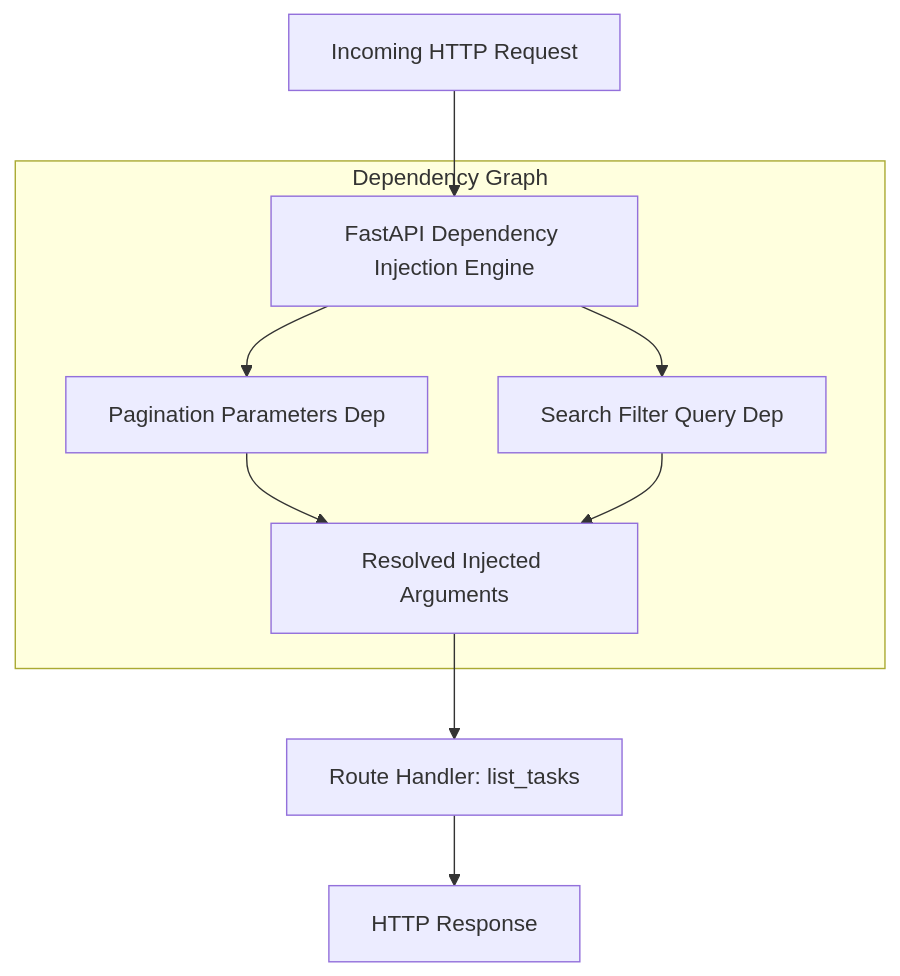
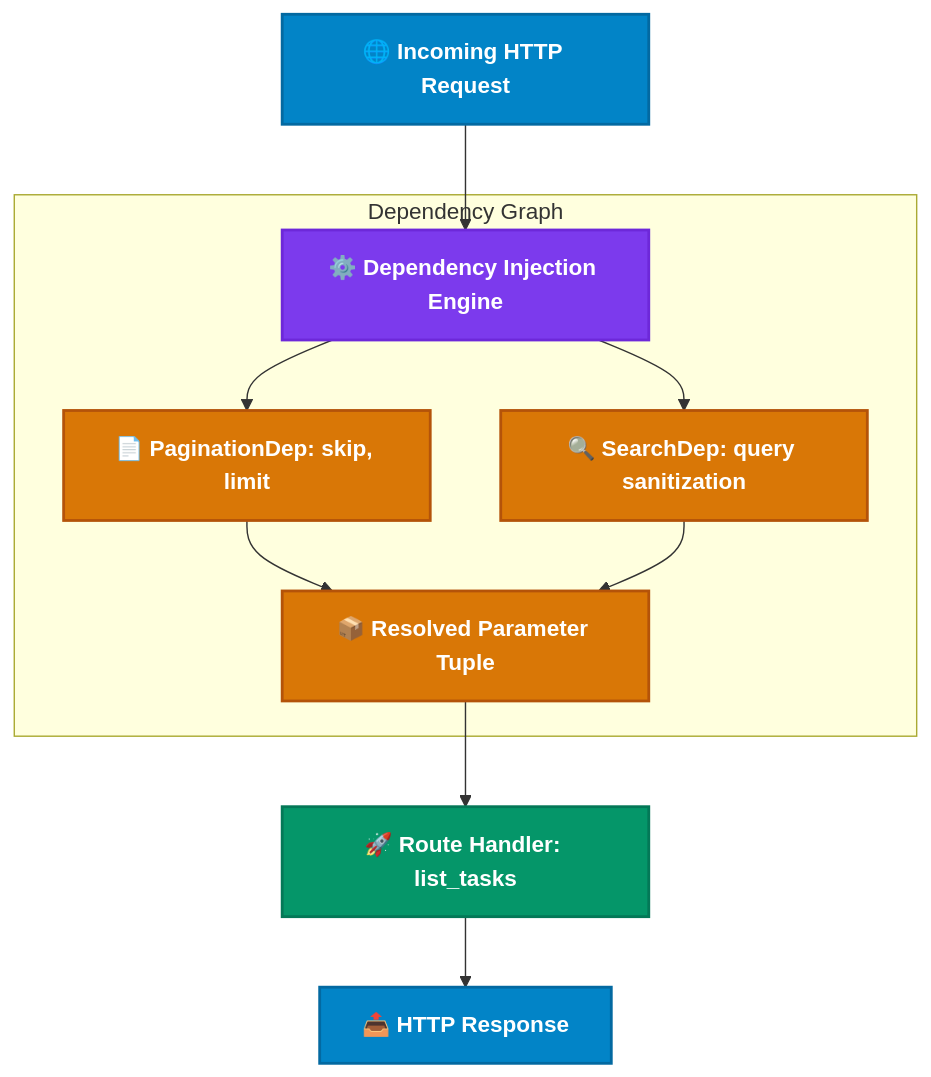
One commit to himanshu-jadhav108/FastAPI-Mastery changed the diagram in 05_dependency_injection/README.md. Above: the diagram before and after it, drawn with Mermaid. The commit also changed 6 other files, not shown here.

Commit message:
docs: add modern high-contrast color palettes and badges to mermaid architecture diagrams

````diff
--- a/05_dependency_injection/README.md
+++ b/05_dependency_injection/README.md
@@ -18,12 +18,17 @@
 ```mermaid
 flowchart TD
-    Req[Incoming HTTP Request] --> DI[FastAPI Dependency Injection Engine]
+    classDef reqStyle fill:#0284c7,stroke:#0369a1,stroke-width:2px,color:#ffffff,font-weight:bold;
+    classDef diStyle fill:#7c3aed,stroke:#6d28d9,stroke-width:2px,color:#ffffff,font-weight:bold;
+    classDef depStyle fill:#d97706,stroke:#b45309,stroke-width:2px,color:#ffffff,font-weight:bold;
+    classDef routeStyle fill:#059669,stroke:#047857,stroke-width:2px,color:#ffffff,font-weight:bold;
+
+    Req["🌐 Incoming HTTP Request"]:::reqStyle --> DI["⚙️ Dependency Injection Engine"]:::diStyle
     subgraph Dependency Graph
-        DI --> D1[Pagination Parameters Dep]
-        DI --> D2[Search Filter Query Dep]
-        D1 --> Combined[Resolved Injected Arguments]
+        DI --> D1["📄 PaginationDep: skip, limit"]:::depStyle
+        DI --> D2["🔍 SearchDep: query sanitization"]:::depStyle
+        D1 --> Combined["📦 Resolved Parameter Tuple"]:::depStyle
         D2 --> Combined
     end
-    Combined --> Route[Route Handler: list_tasks]
-    Route --> Resp[HTTP Response]
+    Combined --> Route["🚀 Route Handler: list_tasks"]:::routeStyle
+    Route --> Resp["📤 HTTP Response"]:::reqStyle
 ```
````
